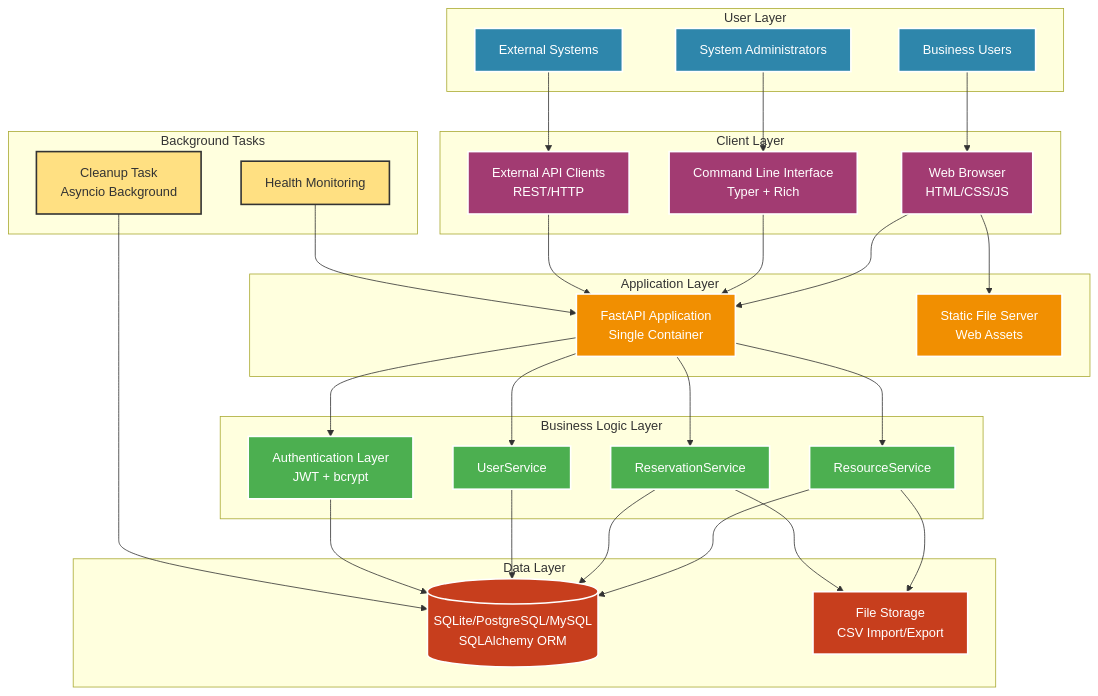
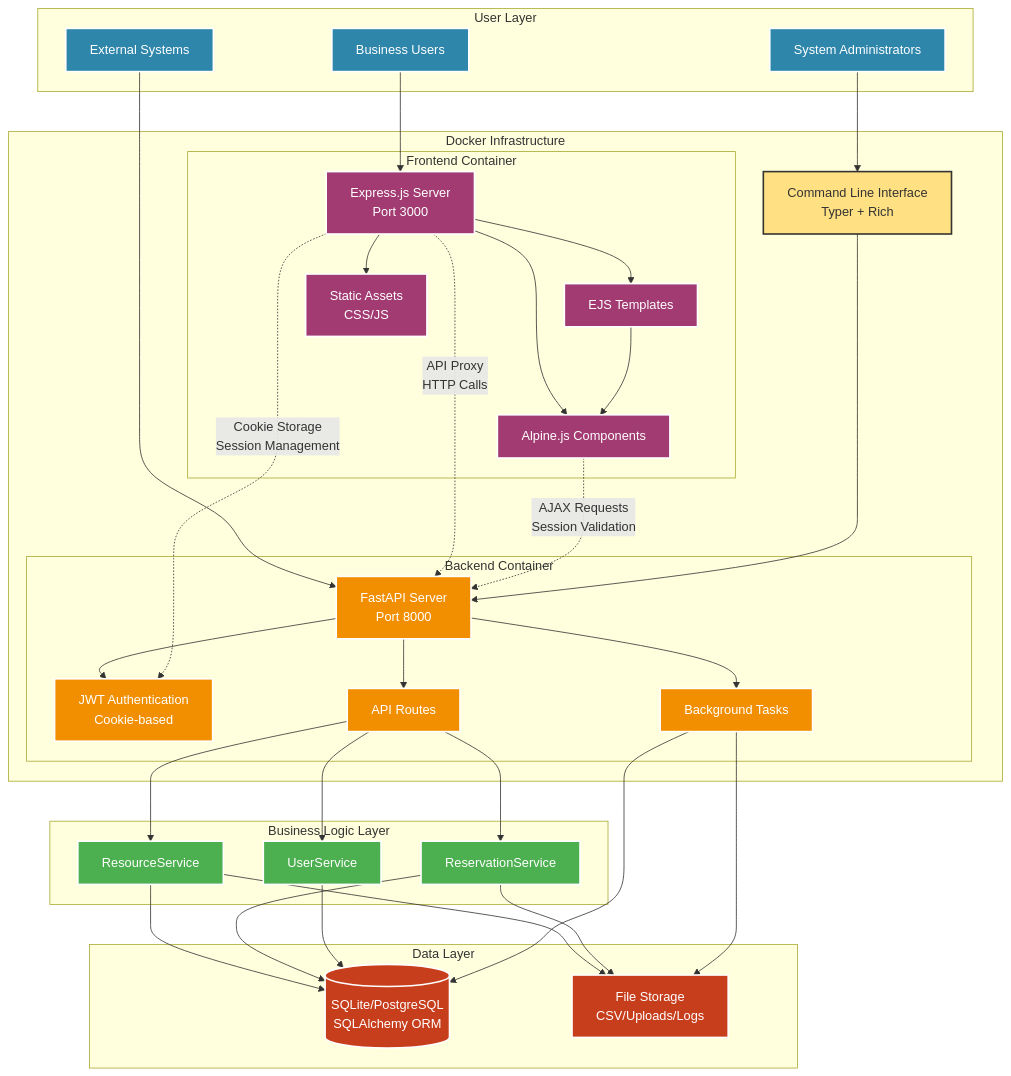
Before and after one commit to sylvester-francis/Resource-Reserver: the first of 4 diagrams in architecture.md, drawn with Mermaid. The commit also changed other lines of this file and 24 other files, not shown here.

````diff
--- a/architecture.md
+++ b/architecture.md
@@ -10,32 +10,33 @@
         U3[External Systems]
     end
     
-    subgraph "Client Layer"
-        WEB[Web Browser<br/>HTML/CSS/JS]
+    subgraph "Docker Infrastructure"
+        subgraph "Frontend Container"
+            WEB[Express.js Server<br/>Port 3000]
+            EJS[EJS Templates]
+            ALPINE[Alpine.js Components]
+            STATIC[Static Assets<br/>CSS/JS]
+        end
+        
+        subgraph "Backend Container"
+            API[FastAPI Server<br/>Port 8000]
+            AUTH[JWT Authentication<br/>Cookie-based]
+            ROUTES[API Routes]
+            BG[Background Tasks]
+        end
+        
         CLI[Command Line Interface<br/>Typer + Rich]
-        API[External API Clients<br/>REST/HTTP]
-    end
-    
-    subgraph "Application Layer"
-        FASTAPI[FastAPI Application<br/>Single Container]
-        STATIC[Static File Server<br/>Web Assets]
     end
     
     subgraph "Business Logic Layer"
         RS[ResourceService]
         ReS[ReservationService]  
         US[UserService]
-        AUTH[Authentication Layer<br/>JWT + bcrypt]
     end
     
     subgraph "Data Layer"
-        DB[(SQLite/PostgreSQL/MySQL<br/>SQLAlchemy ORM)]
-        FS[File Storage<br/>CSV Import/Export]
-    end
-    
-    subgraph "Background Tasks"
-        CLEANUP[Cleanup Task<br/>Asyncio Background]
-        HEALTH[Health Monitoring]
+        DB[(SQLite/PostgreSQL<br/>SQLAlchemy ORM)]
+        FS[File Storage<br/>CSV/Uploads/Logs]
     end
     
     %% User connections
@@ -43,43 +44,52 @@
     U2 --> CLI
     U3 --> API
     
-    %% Client to application
-    WEB --> FASTAPI
+    %% Frontend architecture
+    WEB --> EJS
+    WEB --> ALPINE
     WEB --> STATIC
-    CLI --> FASTAPI
-    API --> FASTAPI
+    EJS --> ALPINE
     
-    %% Application to services
-    FASTAPI --> RS
-    FASTAPI --> ReS
-    FASTAPI --> US
-    FASTAPI --> AUTH
+    %% Frontend to Backend communication
+    WEB -.->|API Proxy<br/>HTTP Calls| API
+    ALPINE -.->|AJAX Requests<br/>Session Validation| API
+    CLI --> API
+    
+    %% Backend internal
+    API --> AUTH
+    API --> ROUTES
+    API --> BG
+    ROUTES --> RS
+    ROUTES --> ReS
+    ROUTES --> US
     
     %% Services to data
     RS --> DB
     ReS --> DB
     US --> DB
-    AUTH --> DB
     
     RS --> FS
     ReS --> FS
     
     %% Background tasks
-    CLEANUP --> DB
-    HEALTH --> FASTAPI
+    BG --> DB
+    BG --> FS
+    
+    %% Session management
+    WEB -.->|Cookie Storage<br/>Session Management| AUTH
     
     %% Styling
     classDef userClass fill:#2E86AB,stroke:#fff,stroke-width:2px,color:#fff
-    classDef clientClass fill:#A23B72,stroke:#fff,stroke-width:2px,color:#fff
-    classDef appClass fill:#F18F01,stroke:#fff,stroke-width:2px,color:#fff
+    classDef containerClass fill:#A23B72,stroke:#fff,stroke-width:2px,color:#fff
+    classDef backendClass fill:#F18F01,stroke:#fff,stroke-width:2px,color:#fff
     classDef serviceClass fill:#4CAF50,stroke:#fff,stroke-width:2px,color:#fff
     classDef dataClass fill:#C73E1D,stroke:#fff,stroke-width:2px,color:#fff
-    classDef bgClass fill:#FFE082,stroke:#333,stroke-width:2px
+    classDef cliClass fill:#FFE082,stroke:#333,stroke-width:2px
     
     class U1,U2,U3 userClass
-    class WEB,CLI,API clientClass
-    class FASTAPI,STATIC appClass
-    class RS,ReS,US,AUTH serviceClass
+    class WEB,EJS,ALPINE,STATIC containerClass
+    class API,AUTH,ROUTES,BG backendClass
+    class RS,ReS,US serviceClass
     class DB,FS dataClass
-    class CLEANUP,HEALTH bgClass
+    class CLI cliClass
 ```
````
